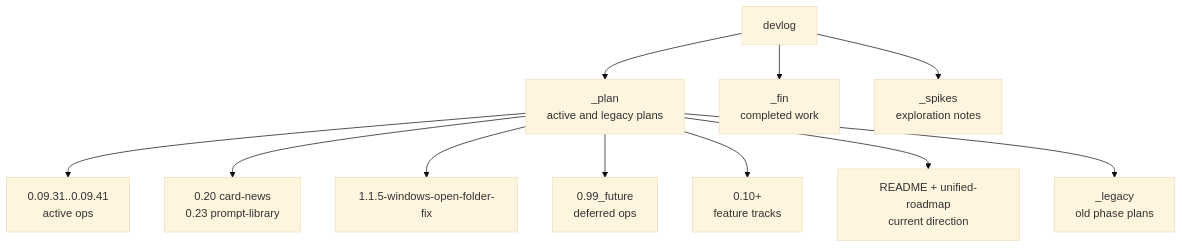
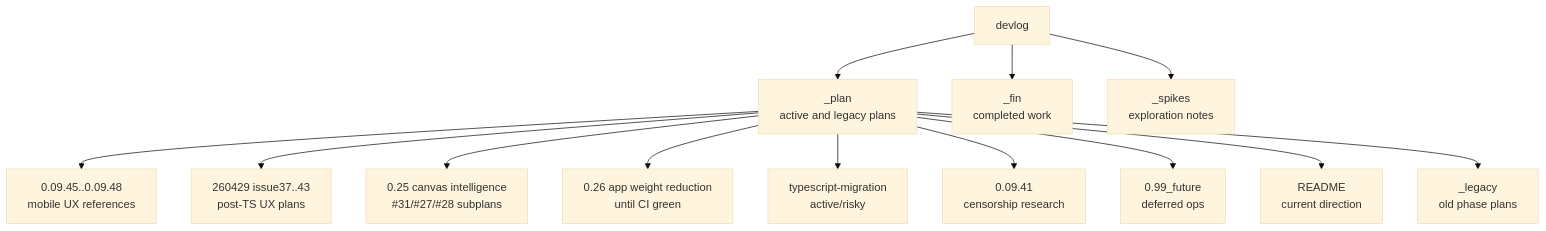
The diagram in structure/07-devlog-map.md (ChatPoongKun/ima2-gen), drawn with Mermaid (base theme) before and after one commit. The commit also changed other lines of this file and 113 other files, not shown here.

````diff
--- a/structure/07-devlog-map.md
+++ b/structure/07-devlog-map.md
@@ -19,13 +19,15 @@
 ```mermaid
 graph TD
     DEV["devlog"] --> PLAN["_plan<br/>active and legacy plans"]
     DEV --> FIN["_fin<br/>completed work"]
     DEV --> SPIKES["_spikes<br/>exploration notes"]
-    PLAN --> ACTIVE["0.09.31..0.09.41<br/>active ops"]
-    PLAN --> FEAT["0.20 card-news<br/>0.23 prompt-library"]
-    PLAN --> PATCH["1.1.5-windows-open-folder-fix"]
+    PLAN --> MOBILE["0.09.45..0.09.48<br/>mobile UX references"]
+    PLAN --> UX["260429 issue37..43<br/>post-TS UX plans"]
+    PLAN --> INTEL["0.25 canvas intelligence<br/>#31/#27/#28 subplans"]
+    PLAN --> PERF["0.26 app weight reduction<br/>until CI green"]
+    PLAN --> TS["typescript-migration<br/>active/risky"]
+    PLAN --> RESEARCH["0.09.41<br/>censorship research"]
     PLAN --> FUTURE["0.99_future<br/>deferred ops"]
-    PLAN --> FOLLOW["0.10+<br/>feature tracks"]
-    PLAN --> ROAD["README + unified-roadmap<br/>current direction"]
+    PLAN --> ROAD["README<br/>current direction"]
     PLAN --> LEGACY["_legacy<br/>old phase plans"]
 ```
````
